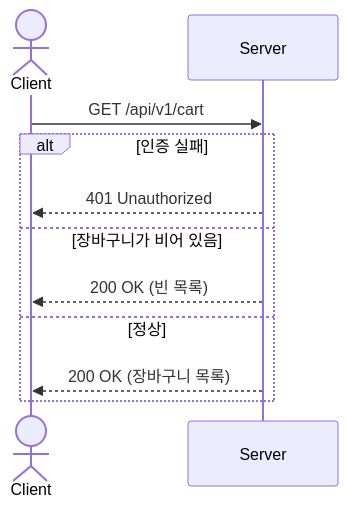
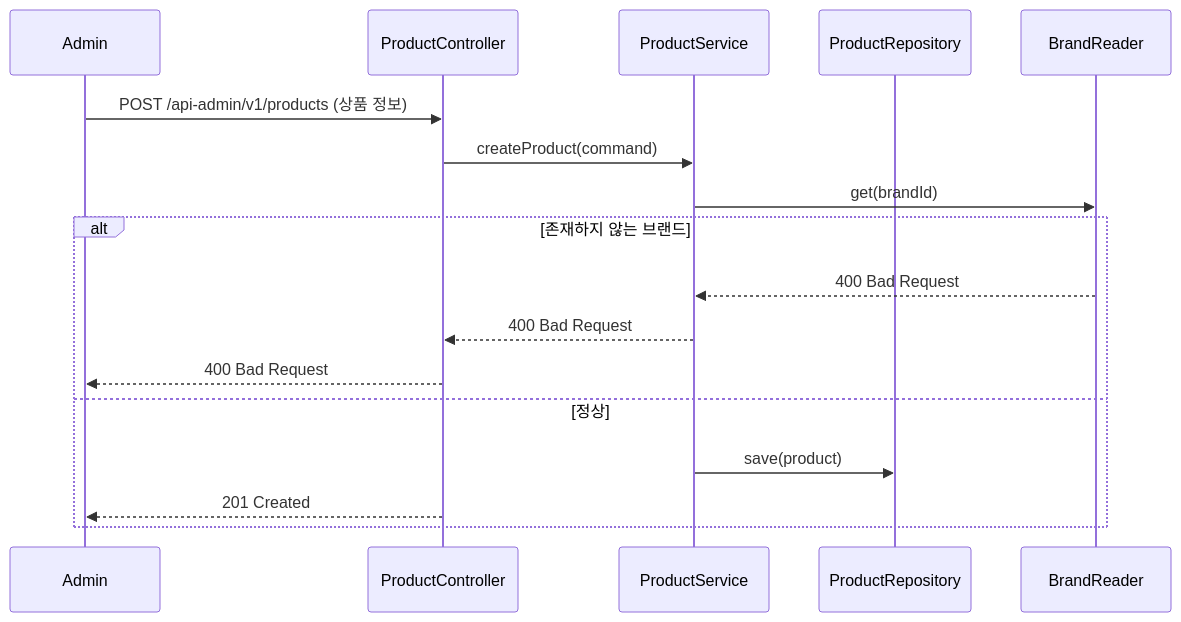
One commit to loopers-labs/loop-pack-be-l2-vol4-java changed diagram 13 of 34 in .docs/design/sequence-diagrams.md. Above: the diagram before and after it, drawn with Mermaid. The commit also changed other lines of this file and 1 other file, not shown here.

Commit message:
fix: 관리자 모듈 지우고 각 브랜드&상품-어드민, 주문-어드민으로 분리 브랜드&상품 누락 유스케이스 추가 어드민 권한 확인 로직 main flow 에 추가

````diff
--- a/.docs/design/sequence-diagrams.md
+++ b/.docs/design/sequence-diagrams.md
@@ -292,14 +308,21 @@
 ```mermaid
 sequenceDiagram
-    actor Client
-    participant Server
+    participant Admin
+    participant ProductController
+    participant ProductService
+    participant ProductRepository
+    participant BrandReader
 
-    Client->>Server: GET /api/v1/cart
-    alt 인증 실패
-        Server-->>Client: 401 Unauthorized
-    else 장바구니가 비어 있음
-        Server-->>Client: 200 OK (빈 목록)
+    Admin->>ProductController: POST /api-admin/v1/products (상품 정보)
+    ProductController->>ProductService: createProduct(command)
+    ProductService->>BrandReader: get(brandId)
+
+    alt 존재하지 않는 브랜드
+        BrandReader-->>ProductService: 400 Bad Request
+        ProductService-->>ProductController: 400 Bad Request
+        ProductController-->>Admin: 400 Bad Request
     else 정상
-        Server-->>Client: 200 OK (장바구니 목록)
+        ProductService->>ProductRepository: save(product)
+        ProductController-->>Admin: 201 Created
     end
 ```
````
